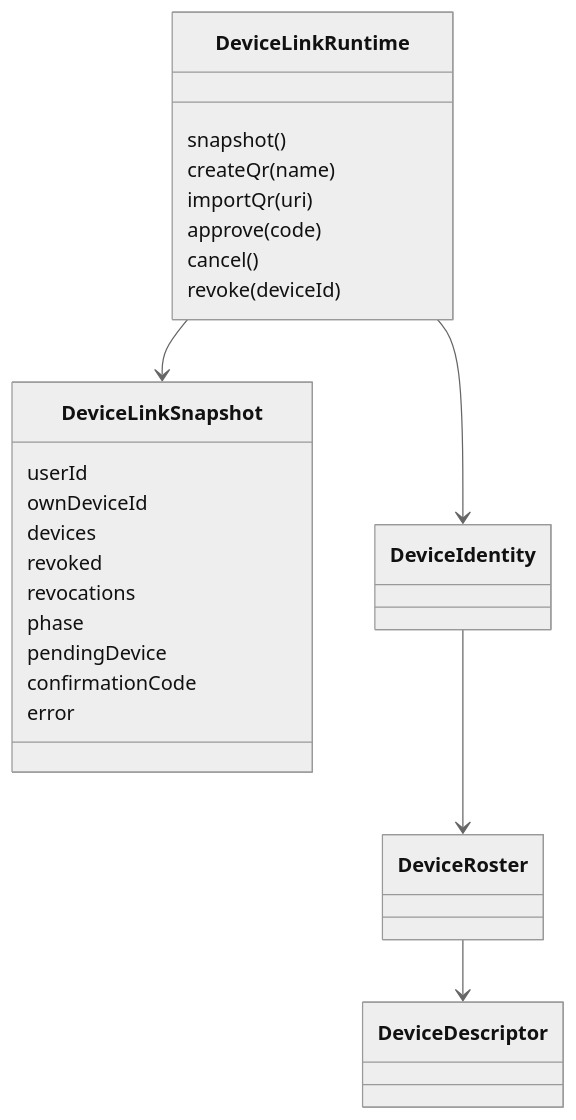
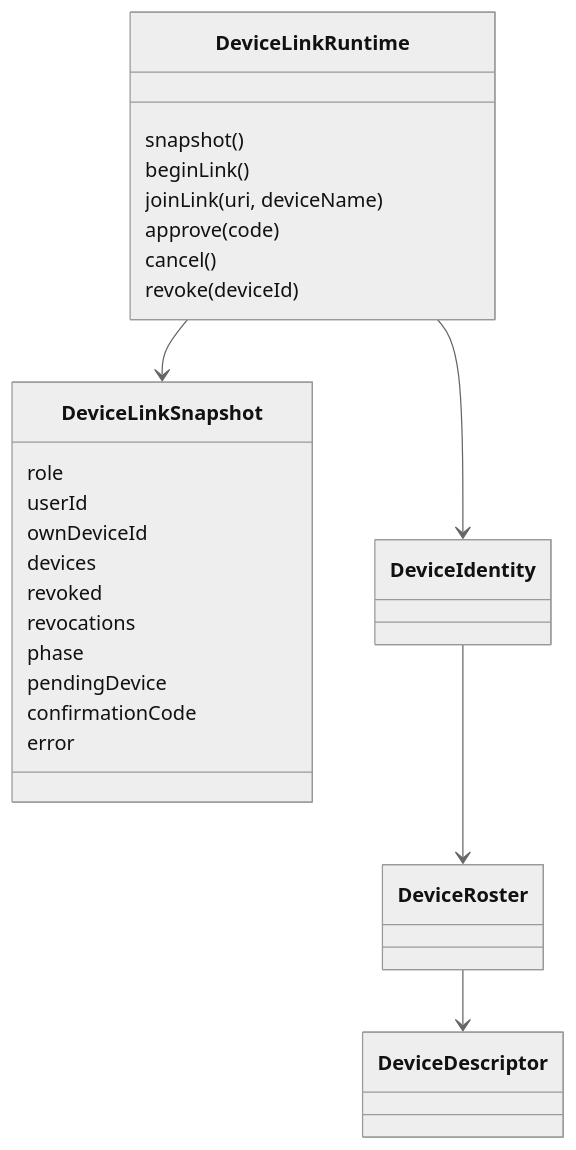
One commit to redstone-md/mosh-flutter changed the fourth of 25 diagrams in docs/Architecture.md. Above: the diagram before and after it, drawn with Mermaid (neutral theme). The commit also changed other lines of this file and 55 other files, not shown here.

````diff
--- a/docs/Architecture.md
+++ b/docs/Architecture.md
@@ -98,29 +98,30 @@
 ```mermaid
 classDiagram
     class DeviceLinkSnapshot {
+        role
         userId
         ownDeviceId
         devices
         revoked
         revocations
         phase
         pendingDevice
         confirmationCode
         error
     }
     class DeviceLinkRuntime {
         snapshot()
-        createQr(name)
-        importQr(uri)
+        beginLink()
+        joinLink(uri, deviceName)
         approve(code)
         cancel()
         revoke(deviceId)
     }
     class DeviceIdentity
     class DeviceRoster
     class DeviceDescriptor
     DeviceLinkRuntime --> DeviceLinkSnapshot
     DeviceLinkRuntime --> DeviceIdentity
     DeviceIdentity --> DeviceRoster
     DeviceRoster --> DeviceDescriptor
 ```
````
